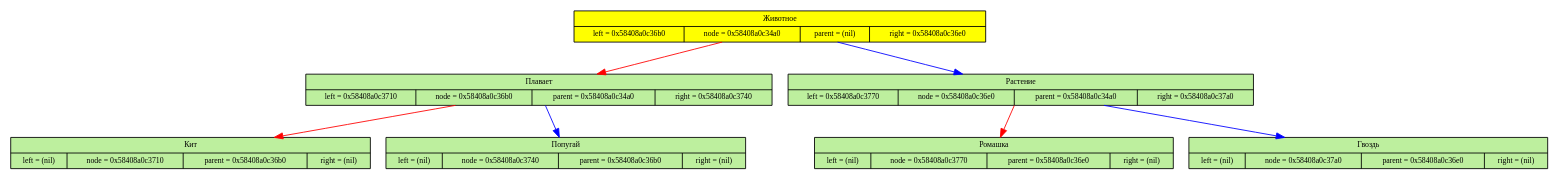
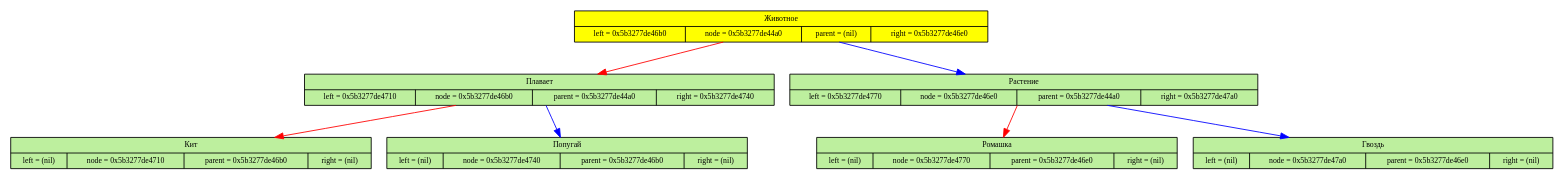
The diagram in okinator.dot (Alexandr26Starostin/okinator), drawn with Graphviz before and after one commit. The commit also changed 5 other files, not shown here.

```diff
--- a/okinator.dot
+++ b/okinator.dot
@@ -1,37 +1,37 @@
 digraph
 {
 	node[fontsize=9]
 
-	node_0x58408a0c34a0 [shape=record, label = "{Животное| {left = 0x58408a0c36b0 | node = 0x58408a0c34a0 | parent = (nil) | right = 0x58408a0c36e0}}" style="filled",fillcolor="yellow"]
+	node_0x5b3277de44a0 [shape=record, label = "{Животное| {left = 0x5b3277de46b0 | node = 0x5b3277de44a0 | parent = (nil) | right = 0x5b3277de46e0}}" style="filled",fillcolor="yellow"]
 
-	node_0x58408a0c36b0 [shape=record, label = "{Плавает| {left = 0x58408a0c3710 | node = 0x58408a0c36b0 | parent = 0x58408a0c34a0 | right = 0x58408a0c3740}}" style="filled",fillcolor="#BDEF9E"]
+	node_0x5b3277de46b0 [shape=record, label = "{Плавает| {left = 0x5b3277de4710 | node = 0x5b3277de46b0 | parent = 0x5b3277de44a0 | right = 0x5b3277de4740}}" style="filled",fillcolor="#BDEF9E"]
 
 	edge[color="red",fontsize=12]
-	node_0x58408a0c34a0 -> node_0x58408a0c36b0
+	node_0x5b3277de44a0 -> node_0x5b3277de46b0
 
-	node_0x58408a0c3710 [shape=record, label = "{Кит| {left = (nil) | node = 0x58408a0c3710 | parent = 0x58408a0c36b0 | right = (nil)}}" style="filled",fillcolor="#BDEF9E"]
+	node_0x5b3277de4710 [shape=record, label = "{Кит| {left = (nil) | node = 0x5b3277de4710 | parent = 0x5b3277de46b0 | right = (nil)}}" style="filled",fillcolor="#BDEF9E"]
 
 	edge[color="red",fontsize=12]
-	node_0x58408a0c36b0 -> node_0x58408a0c3710
+	node_0x5b3277de46b0 -> node_0x5b3277de4710
 
-	node_0x58408a0c3740 [shape=record, label = "{Попугай| {left = (nil) | node = 0x58408a0c3740 | parent = 0x58408a0c36b0 | right = (nil)}}" style="filled",fillcolor="#BDEF9E"]
+	node_0x5b3277de4740 [shape=record, label = "{Попугай| {left = (nil) | node = 0x5b3277de4740 | parent = 0x5b3277de46b0 | right = (nil)}}" style="filled",fillcolor="#BDEF9E"]
 
 	edge[color="blue",fontsize=12]
-	node_0x58408a0c36b0 -> node_0x58408a0c3740
+	node_0x5b3277de46b0 -> node_0x5b3277de4740
 
-	node_0x58408a0c36e0 [shape=record, label = "{Растение| {left = 0x58408a0c3770 | node = 0x58408a0c36e0 | parent = 0x58408a0c34a0 | right = 0x58408a0c37a0}}" style="filled",fillcolor="#BDEF9E"]
+	node_0x5b3277de46e0 [shape=record, label = "{Растение| {left = 0x5b3277de4770 | node = 0x5b3277de46e0 | parent = 0x5b3277de44a0 | right = 0x5b3277de47a0}}" style="filled",fillcolor="#BDEF9E"]
 
 	edge[color="blue",fontsize=12]
-	node_0x58408a0c34a0 -> node_0x58408a0c36e0
+	node_0x5b3277de44a0 -> node_0x5b3277de46e0
 
-	node_0x58408a0c3770 [shape=record, label = "{Ромашка| {left = (nil) | node = 0x58408a0c3770 | parent = 0x58408a0c36e0 | right = (nil)}}" style="filled",fillcolor="#BDEF9E"]
+	node_0x5b3277de4770 [shape=record, label = "{Ромашка| {left = (nil) | node = 0x5b3277de4770 | parent = 0x5b3277de46e0 | right = (nil)}}" style="filled",fillcolor="#BDEF9E"]
 
 	edge[color="red",fontsize=12]
-	node_0x58408a0c36e0 -> node_0x58408a0c3770
+	node_0x5b3277de46e0 -> node_0x5b3277de4770
 
-	node_0x58408a0c37a0 [shape=record, label = "{Гвоздь| {left = (nil) | node = 0x58408a0c37a0 | parent = 0x58408a0c36e0 | right = (nil)}}" style="filled",fillcolor="#BDEF9E"]
+	node_0x5b3277de47a0 [shape=record, label = "{Гвоздь| {left = (nil) | node = 0x5b3277de47a0 | parent = 0x5b3277de46e0 | right = (nil)}}" style="filled",fillcolor="#BDEF9E"]
 
 	edge[color="blue",fontsize=12]
-	node_0x58408a0c36e0 -> node_0x58408a0c37a0
+	node_0x5b3277de46e0 -> node_0x5b3277de47a0
 
 	}
```
